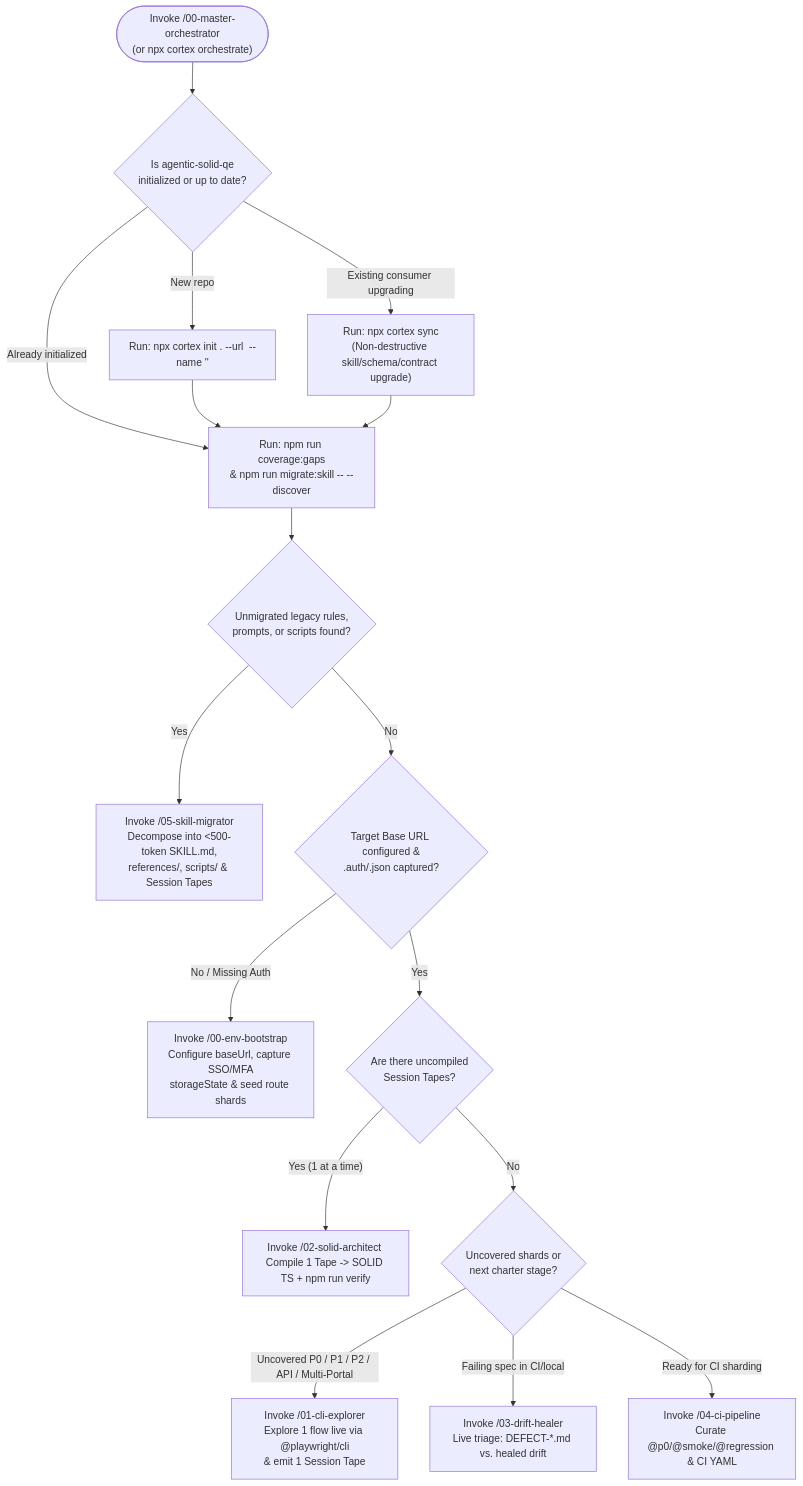
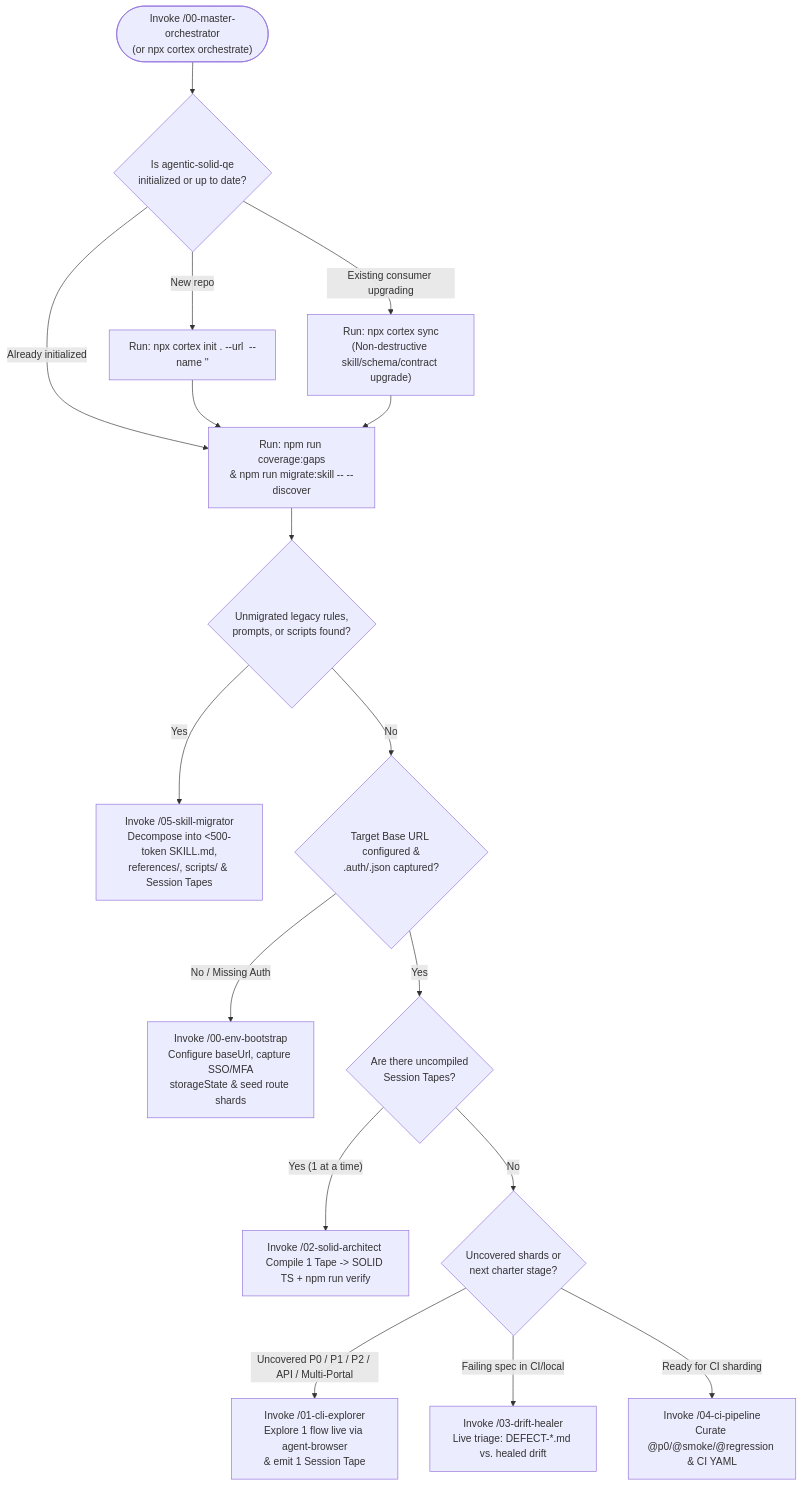
One commit to letstrnsfrm-ai/agentic-solid-qe changed the diagram in .agents/skills/00-master-orchestrator/references/master-orchestration-playbook.md. Above: the diagram before and after it, drawn with Mermaid. The commit also changed other lines of this file and 24 other files, not shown here.

Commit message:
chore: remove deprecated @playwright/cli dependency and skill in favor of agent-browser and cortex explore

````diff
--- a/.agents/skills/00-master-orchestrator/references/master-orchestration-playbook.md
+++ b/.agents/skills/00-master-orchestrator/references/master-orchestration-playbook.md
@@ -9,23 +9,23 @@
 ```mermaid
 flowchart TD
   Start(["Invoke /00-master-orchestrator\n(or npx cortex orchestrate)"]) --> CheckInit{"Is agentic-solid-qe\ninitialized or up to date?"}
   CheckInit -- "New repo" --> Init["Run: npx cortex init . --url <url> --name '<App>'"]
   CheckInit -- "Existing consumer upgrading" --> Sync["Run: npx cortex sync\n(Non-destructive skill/schema/contract upgrade)"]
   CheckInit -- "Already initialized" --> Discover["Run: npm run coverage:gaps\n& npm run migrate:skill -- --discover"]
   Init --> Discover
   Sync --> Discover
 
   Discover --> CheckLegacy{"Unmigrated legacy rules,\nprompts, or scripts found?"}
   CheckLegacy -- "Yes" --> S05["Invoke /05-skill-migrator\nDecompose into <500-token SKILL.md,\nreferences/, scripts/ & Session Tapes"]
   CheckLegacy -- "No" --> CheckAuth{"Target Base URL configured &\n.auth/<persona>.json captured?"}
 
   CheckAuth -- "No / Missing Auth" --> S00["Invoke /00-env-bootstrap\nConfigure baseUrl, capture SSO/MFA\nstorageState & seed route shards"]
   CheckAuth -- "Yes" --> CheckTapes{"Are there uncompiled\nSession Tapes?"}
 
   CheckTapes -- "Yes (1 at a time)" --> S02["Invoke /02-solid-architect <scenario-id>\nCompile 1 Tape -> SOLID TS + npm run verify"]
   CheckTapes -- "No" --> CheckShards{"Uncovered shards or\nnext charter stage?"}
 
-  CheckShards -- "Uncovered P0 / P1 / P2 / API / Multi-Portal" --> S01["Invoke /01-cli-explorer\nExplore 1 flow live via @playwright/cli\n& emit 1 Session Tape"]
+  CheckShards -- "Uncovered P0 / P1 / P2 / API / Multi-Portal" --> S01["Invoke /01-cli-explorer\nExplore 1 flow live via agent-browser\n& emit 1 Session Tape"]
   CheckShards -- "Failing spec in CI/local" --> S03["Invoke /03-drift-healer\nLive triage: DEFECT-*.md vs. healed drift"]
   CheckShards -- "Ready for CI sharding" --> S04["Invoke /04-ci-pipeline\nCurate @p0/@smoke/@regression & CI YAML"]
 ```
````
